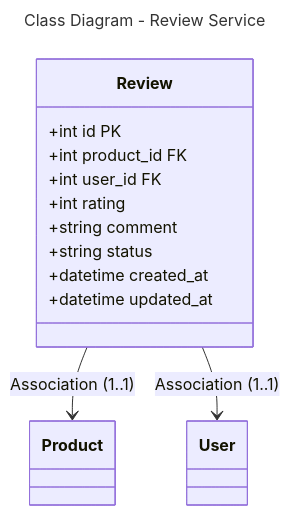
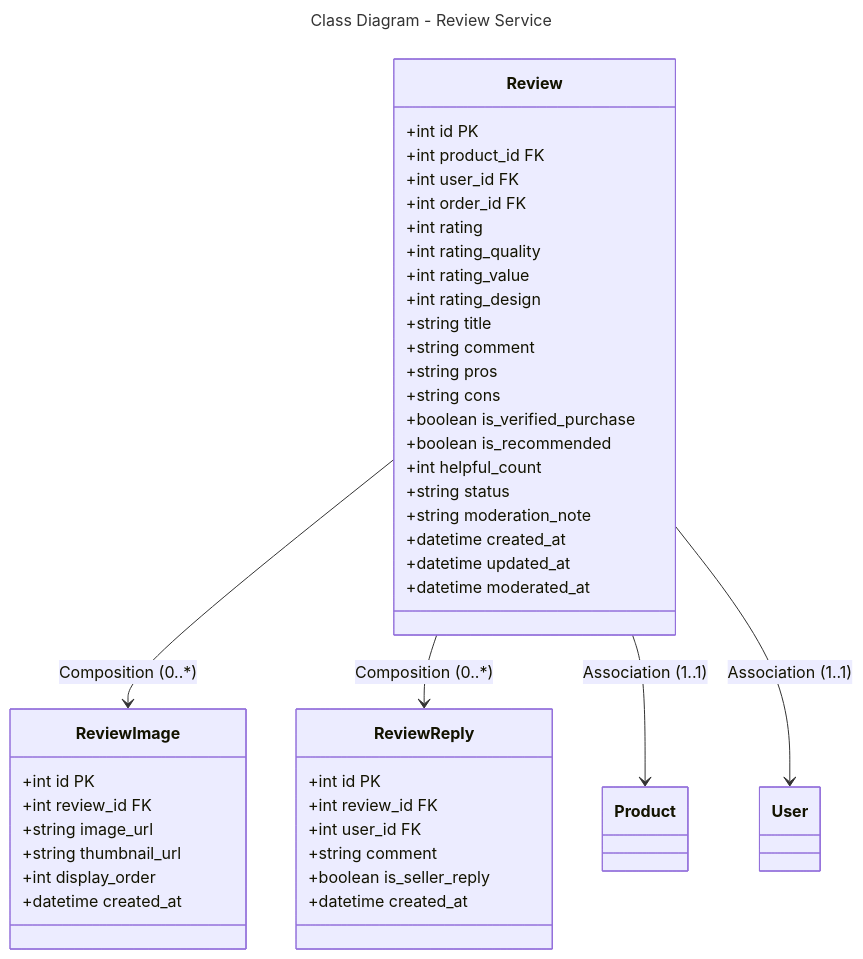
Before and after one commit to Trannaaanhh/ecom: the diagram in docs/diagrams/class/review-service.md, drawn with Mermaid. The commit also changed other lines of this file and 10 other files, not shown here.

Commit message:
update diagrams

````diff
--- a/docs/diagrams/class/review-service.md
+++ b/docs/diagrams/class/review-service.md
@@ -1,19 +1,51 @@
 ```mermaid
 ---
 title: Class Diagram - Review Service
 ---
 classDiagram
     class Review {
         +int id PK
         +int product_id FK
         +int user_id FK
+        +int order_id FK
         +int rating
+        +int rating_quality
+        +int rating_value
+        +int rating_design
+        +string title
         +string comment
+        +string pros
+        +string cons
+        +boolean is_verified_purchase
+        +boolean is_recommended
+        +int helpful_count
         +string status
+        +string moderation_note
         +datetime created_at
         +datetime updated_at
+        +datetime moderated_at
     }
     
+    class ReviewImage {
+        +int id PK
+        +int review_id FK
+        +string image_url
+        +string thumbnail_url
+        +int display_order
+        +datetime created_at
+    }
+    
+    class ReviewReply {
+        +int id PK
+        +int review_id FK
+        +int user_id FK
+        +string comment
+        +boolean is_seller_reply
+        +datetime created_at
+    }
+    
+    Review --> ReviewImage : Composition (0..*)
+    Review --> ReviewReply : Composition (0..*)
     Review --> Product : Association (1..1)
     Review --> User : Association (1..1)
 ```
````
